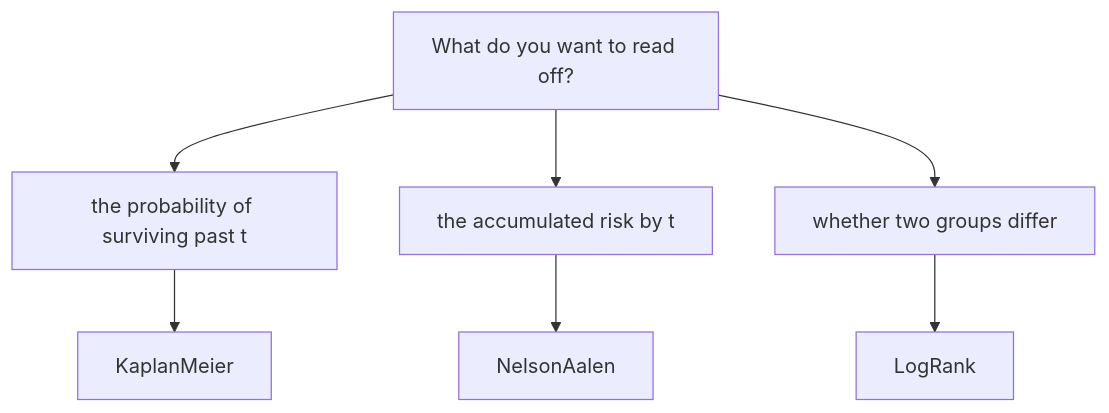
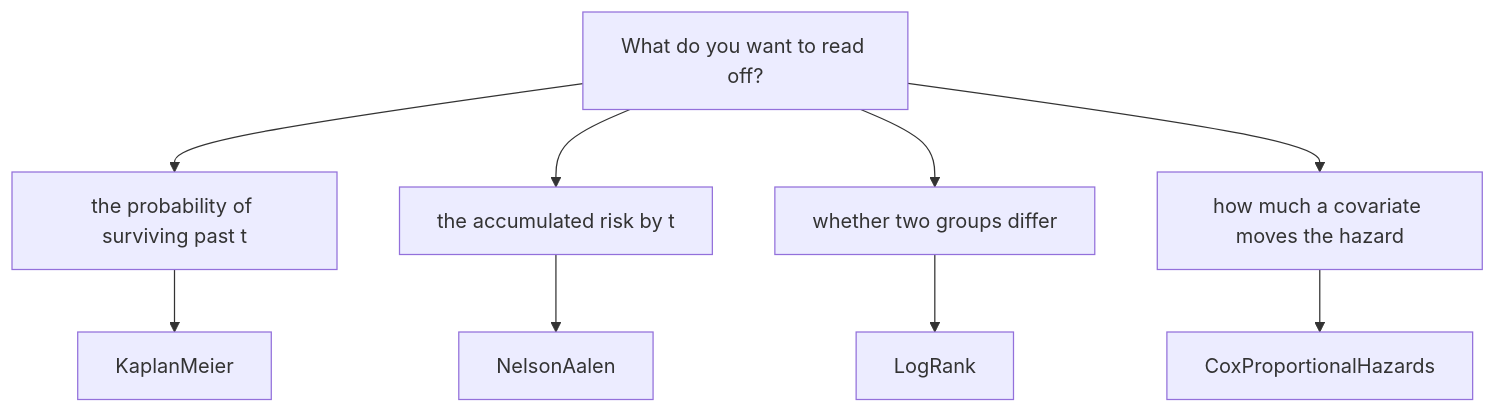
One commit to CyrilB1531/lodestar changed the diagram in docs/reference/survival/estimators.md. Above: the diagram before and after it, drawn with Mermaid. The commit also changed other lines of this file and 33 other files, not shown here.

````diff
--- a/docs/reference/survival/estimators.md
+++ b/docs/reference/survival/estimators.md
@@ -19,9 +20,11 @@
 ```mermaid
 flowchart TD
     A["What do you want to read off?"] --> B["the probability of surviving past t"]
     A --> C["the accumulated risk by t"]
     A --> D["whether two groups differ"]
+    A --> H["how much a covariate moves the hazard"]
     B --> E["KaplanMeier"]
     C --> F["NelsonAalen"]
     D --> G["LogRank"]
+    H --> I["CoxProportionalHazards"]
 ```
````
